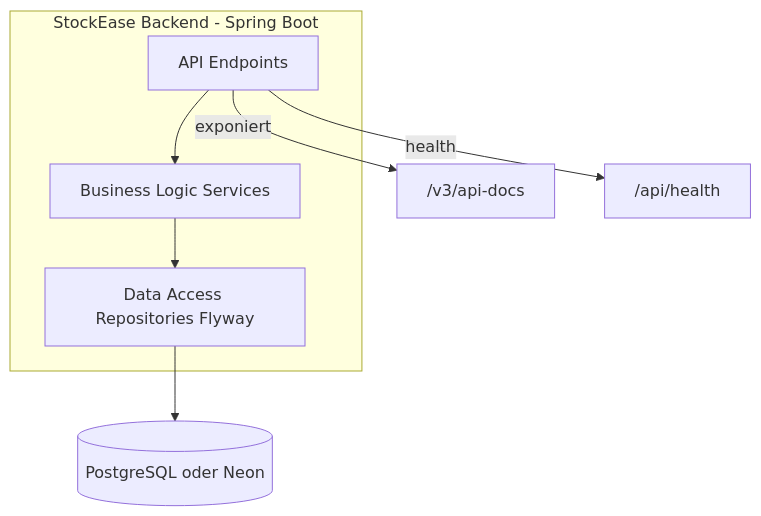
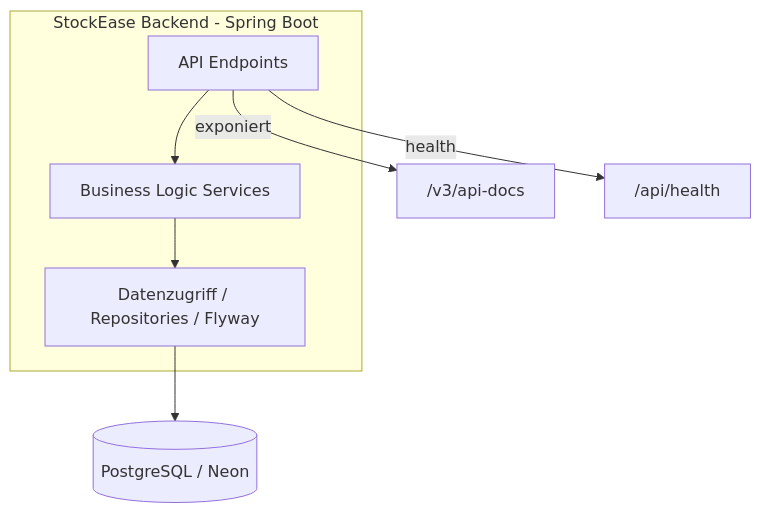
The second of 2 diagrams in docs/architecture/system/overview.de.md (Keglev/stockease), drawn with Mermaid before and after one commit. The commit also changed other lines of this file and 45 other files, not shown here.

Commit message:
refactored and reviewed all architecture docs; fix broken links in .html file for displaying the docs

````diff
--- a/docs/architecture/system/overview.de.md
+++ b/docs/architecture/system/overview.de.md
@@ -40,13 +30,13 @@
 ```mermaid
 graph TB
   subgraph Backend [StockEase Backend - Spring Boot]
     API[API Endpoints]
     BIZ[Business Logic Services]
-    DATA[Data Access Repositories Flyway]
+    DATA[Datenzugriff / Repositories / Flyway]
   end
   API --> BIZ
   BIZ --> DATA
-  DATA --> DB[(PostgreSQL oder Neon)]
+  DATA --> DB[(PostgreSQL / Neon)]
   API -->|exponiert| OpenAPI["/v3/api-docs"]
   API -->|health| Health["/api/health"]
 ```
````
